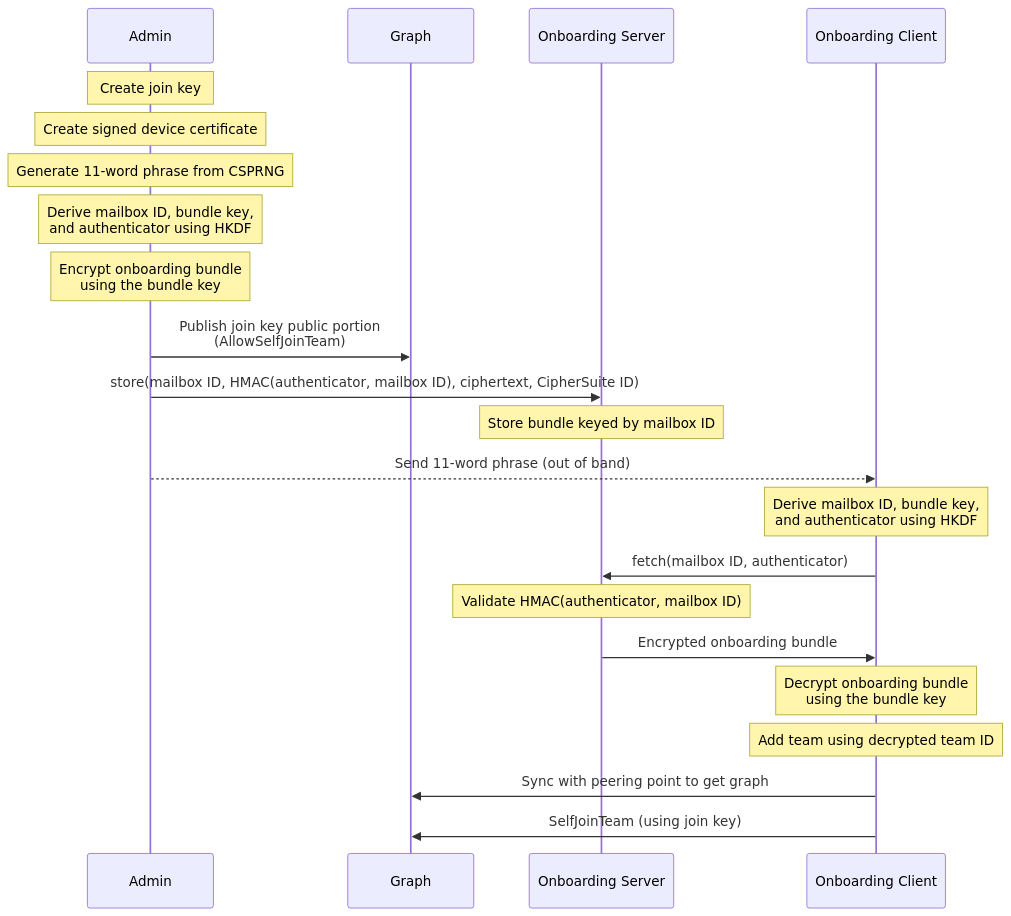
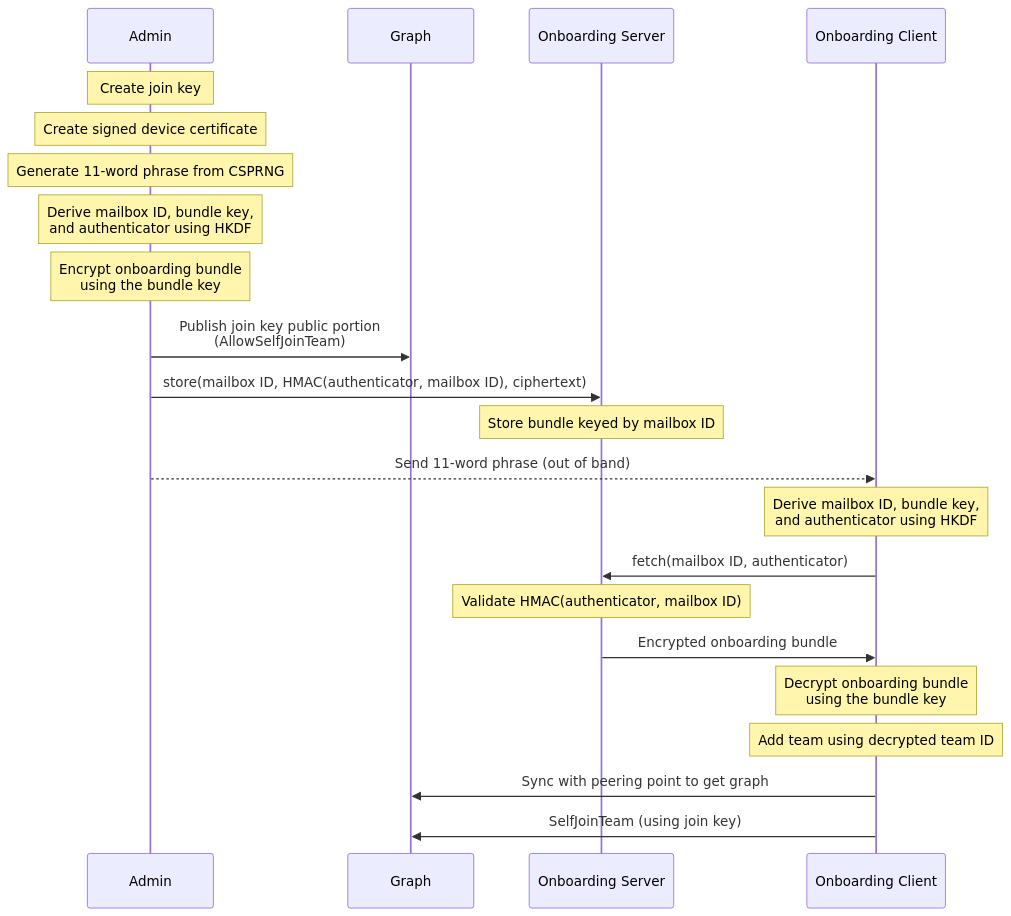
One commit to aranya-project/aranya-docs changed the diagram in docs/async-onboarding.md. Above: the diagram before and after it, drawn with Mermaid. The commit also changed other lines of this file, not shown here.

Commit message:
rm ciphersute from sequence

````diff
--- a/docs/async-onboarding.md
+++ b/docs/async-onboarding.md
@@ -59,31 +57,31 @@
 ```mermaid
 sequenceDiagram
     participant Admin
     participant Graph
     participant Server as Onboarding Server
     participant Client as Onboarding Client
 
     Note over Admin: Create join key
     Note over Admin: Create signed device certificate
     Note over Admin: Generate 11-word phrase from CSPRNG
     Note over Admin: Derive mailbox ID, bundle key,<br/>and authenticator using HKDF
     Note over Admin: Encrypt onboarding bundle<br/>using the bundle key
 
     Admin->>Graph: Publish join key public portion<br/>(AllowSelfJoinTeam)
-    Admin->>Server: store(mailbox ID, HMAC(authenticator, mailbox ID), ciphertext, CipherSuite ID)
+    Admin->>Server: store(mailbox ID, HMAC(authenticator, mailbox ID), ciphertext)
     Note over Server: Store bundle keyed by mailbox ID
 
     Admin-->>Client: Send 11-word phrase (out of band)
 
     Note over Client: Derive mailbox ID, bundle key,<br/>and authenticator using HKDF
 
     Client->>Server: fetch(mailbox ID, authenticator)
     Note over Server: Validate HMAC(authenticator, mailbox ID)
     Server->>Client: Encrypted onboarding bundle
 
     Note over Client: Decrypt onboarding bundle<br/>using the bundle key
 
     Note over Client: Add team using decrypted team ID
     Client->>Graph: Sync with peering point to get graph
     Client->>Graph: SelfJoinTeam (using join key)
 ```
````
